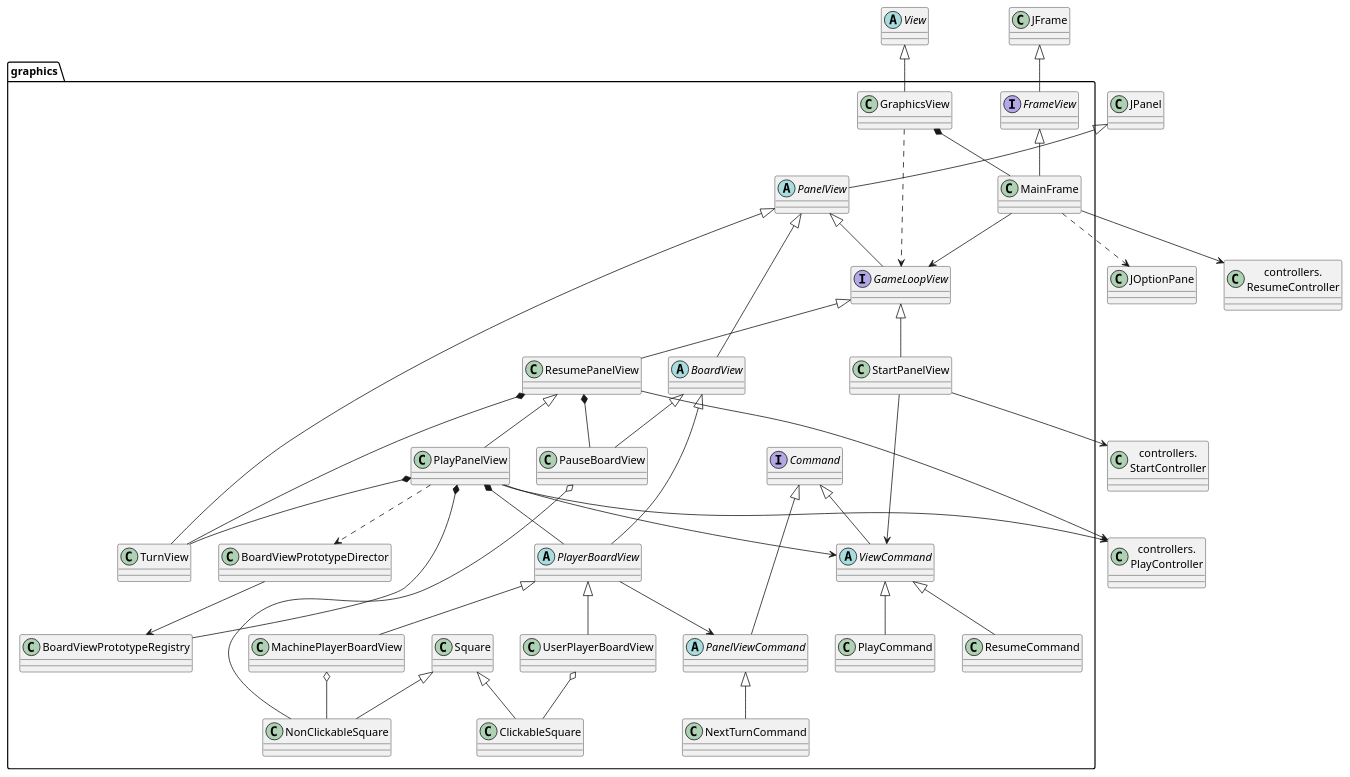
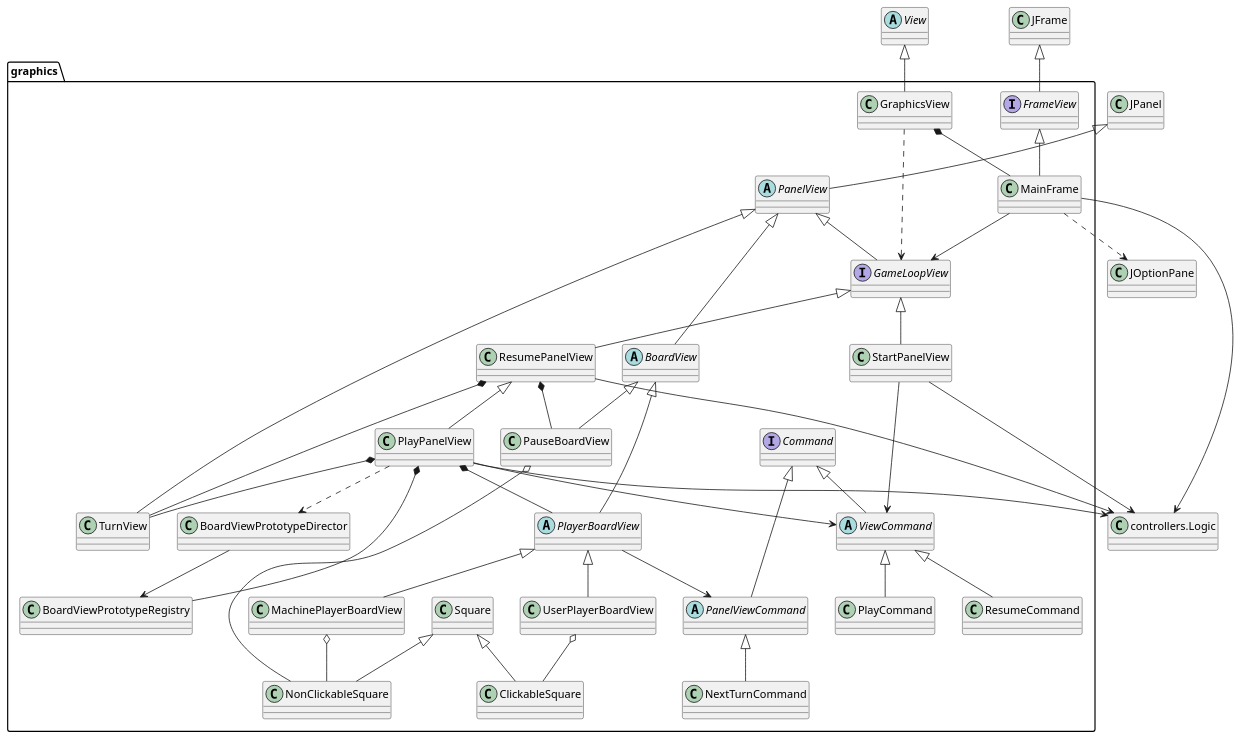
One commit to js-rom/connect4 changed the diagram in connect4/Docs/diagrams/src/packages/connect4.connect4.views.graphics.plantuml. Above: the diagram before and after it, drawn with PlantUML. The commit also changed 12 other files, not shown here.

```diff
--- a/connect4/Docs/diagrams/src/packages/connect4.connect4.views.graphics.plantuml
+++ b/connect4/Docs/diagrams/src/packages/connect4.connect4.views.graphics.plantuml
@@ -1,93 +1,93 @@
 @startuml connect4.connect4.views.graphics
 interface graphics.FrameView
 class graphics.MainFrame
 interface graphics.GameLoopView
 abstract class graphics.BoardView
 class graphics.BoardViewPrototypeDirector
 class graphics.BoardViewPrototypeRegistry
 interface graphics.Command
 abstract class graphics.PanelViewCommand
 abstract class graphics.ViewCommand
 class graphics.GraphicsView
 class graphics.MachinePlayerBoardView
 class graphics.NextTurnCommand
 class graphics.PlayCommand
 class graphics.PlayPanelView
 class graphics.ResumePanelView
 class graphics.ResumeCommand
 class graphics.Square
 class graphics.ClickableSquare
 class graphics.NonClickableSquare
 class graphics.StartPanelView
 class graphics.TurnView
 class graphics.UserPlayerBoardView
 class graphics.PauseBoardView
 abstract class graphics.PanelView
 abstract class graphics.PlayerBoardView
 
 class JFrame
 JFrame <|-- FrameView
 FrameView <|-- MainFrame
 GraphicsView *-- MainFrame
-class ResumeController as "controllers.\nResumeController"
 
-MainFrame --> ResumeController
+class Logic as "controllers.Logic"
+MainFrame --> Logic
 
-class StartController as "controllers.\nStartController"
+class Logic as "controllers.\nLogic"
 
-StartPanelView --> StartController
+StartPanelView --> Logic
 
-class PlayController as "controllers.\nPlayController"
+class Logic as "controllers.\nLogic"
 
-PlayPanelView --> PlayController
+PlayPanelView --> Logic
 
-ResumePanelView --> PlayController
+ResumePanelView --> Logic
 
 abstract class View
 View <|-- GraphicsView
 
 class JOptionPane
 MainFrame ..> JOptionPane
 
 JPanel <|-- PanelView
 PanelView <|-- GameLoopView
 GameLoopView <|-- StartPanelView
 ResumePanelView <|-- PlayPanelView
 GameLoopView <|-- ResumePanelView
 PanelView <|-- BoardView
 PanelView <|-- TurnView
 
 GraphicsView ..> GameLoopView
 MainFrame --> GameLoopView
 
 PlayPanelView *-- PlayerBoardView
 PlayPanelView *-- TurnView
 PlayPanelView *-- BoardViewPrototypeRegistry
 PlayPanelView ..> BoardViewPrototypeDirector
 BoardViewPrototypeDirector --> BoardViewPrototypeRegistry
 
 ResumePanelView *-- PauseBoardView
 ResumePanelView *-- TurnView
 
 StartPanelView --> ViewCommand
 PlayPanelView --> ViewCommand
 
 Command <|-- PanelViewCommand
 PanelViewCommand <|-- NextTurnCommand
 Command <|-- ViewCommand
 ViewCommand <|-- PlayCommand
 ViewCommand <|-- ResumeCommand
 
 BoardView <|-- PlayerBoardView
 PlayerBoardView <|-- MachinePlayerBoardView
 PlayerBoardView <|-- UserPlayerBoardView
 BoardView <|-- PauseBoardView
 MachinePlayerBoardView o-- NonClickableSquare
 UserPlayerBoardView o-- ClickableSquare
 PauseBoardView o-- NonClickableSquare
 Square <|-- ClickableSquare
 Square <|-- NonClickableSquare
 
 PlayerBoardView --> PanelViewCommand
 
 @enduml
```
